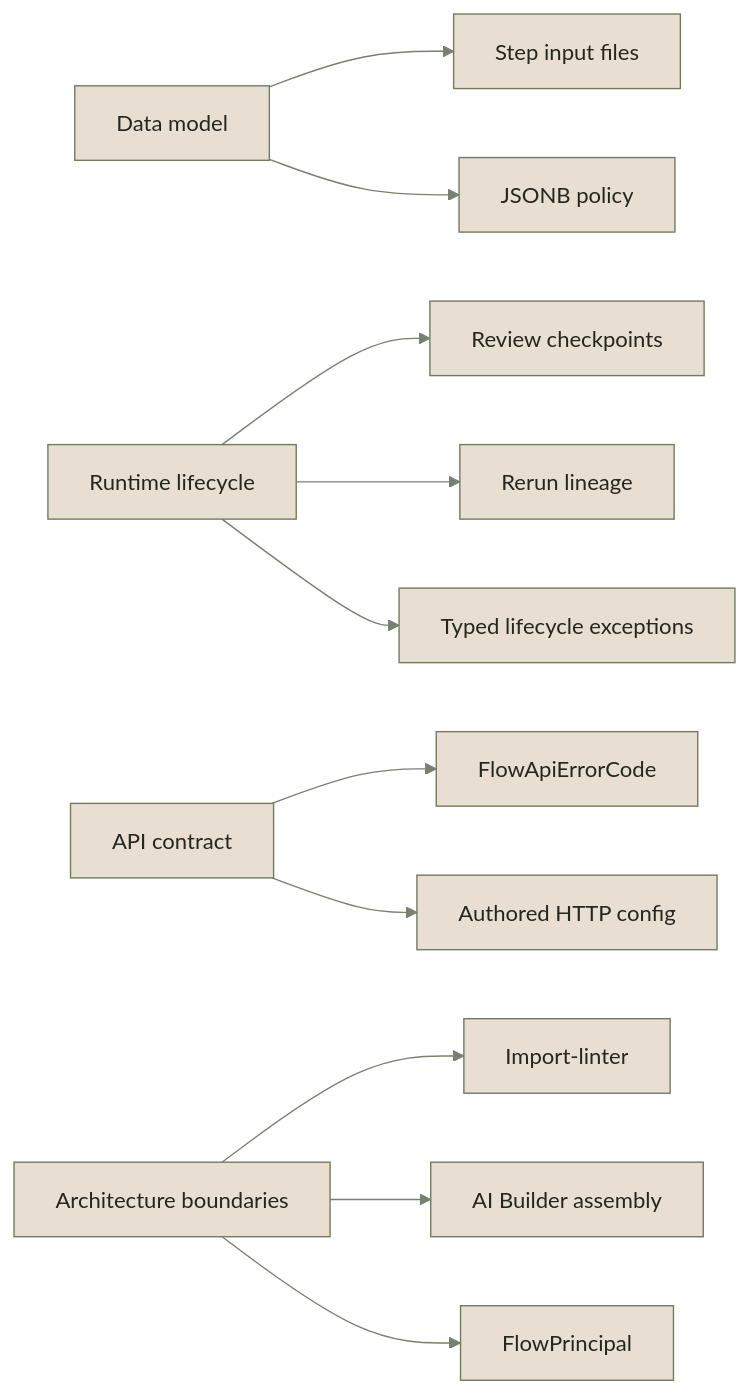
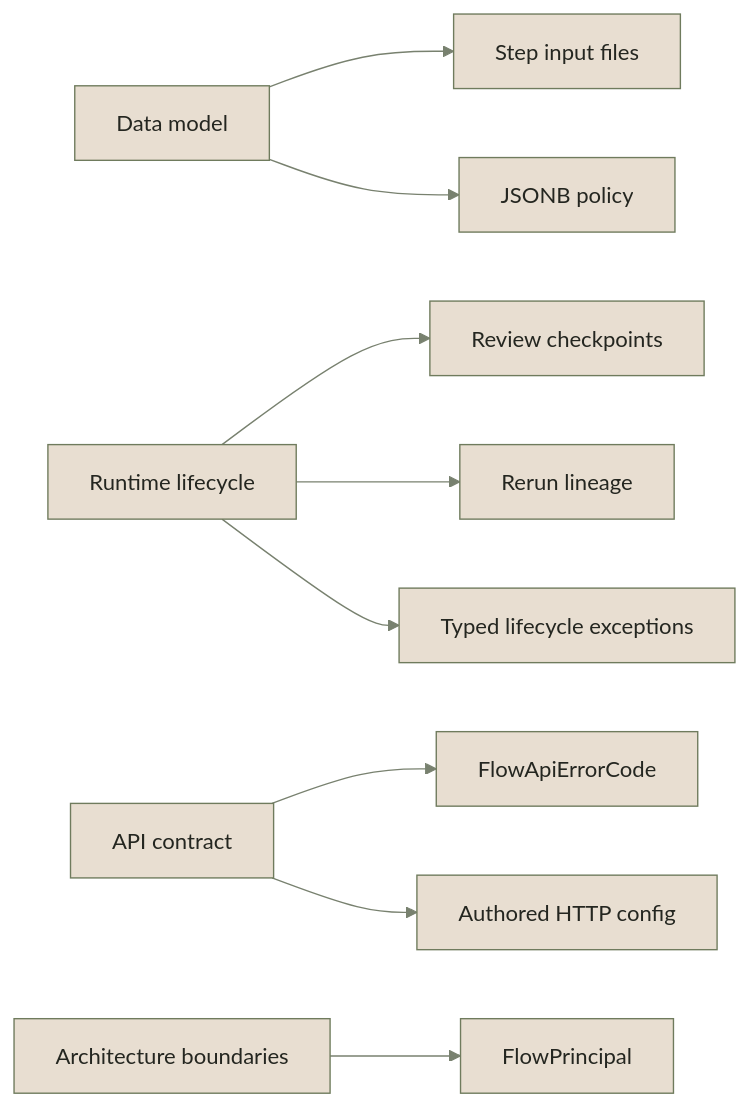
The diagram in frontend/apps/docs-site/src/content/docs/flows-for-developers/key-decisions.mdx (eneo-ai/eneo), drawn with Mermaid before and after one commit. The commit also changed other lines of this file and 489 other files, not shown here.

Commit message:
refactor(flows): separate AI Builder from core

````diff
--- a/frontend/apps/docs-site/src/content/docs/flows-for-developers/key-decisions.mdx
+++ b/frontend/apps/docs-site/src/content/docs/flows-for-developers/key-decisions.mdx
@@ -11,14 +11,12 @@
 ```mermaid
 %%{init: {"theme": "base", "themeVariables": {"background": "#f8f6f0", "primaryColor": "#e8ded1", "primaryTextColor": "#242620", "primaryBorderColor": "#6f7b5d", "secondaryColor": "#d7e0d2", "tertiaryColor": "#f1ece4", "lineColor": "#78816f", "edgeLabelBackground": "#f8f6f0", "clusterBkg": "#f4efe7", "clusterBorder": "#9a8a73", "fontFamily": "Inter, ui-sans-serif, system-ui, sans-serif"}}}%%
 flowchart LR
   data["Data model"] --> inputs["Step input files"]
   data --> jsonb["JSONB policy"]
   runtime["Runtime lifecycle"] --> checkpoint["Review checkpoints"]
   runtime --> rerun["Rerun lineage"]
   runtime --> exceptions["Typed lifecycle exceptions"]
   api["API contract"] --> errors["FlowApiErrorCode"]
   api --> http["Authored HTTP config"]
-  boundaries["Architecture boundaries"] --> imports["Import-linter"]
-  boundaries --> builder["AI Builder assembly"]
-  boundaries --> principals["FlowPrincipal"]
+  boundaries["Architecture boundaries"] --> principals["FlowPrincipal"]
 ```
````
